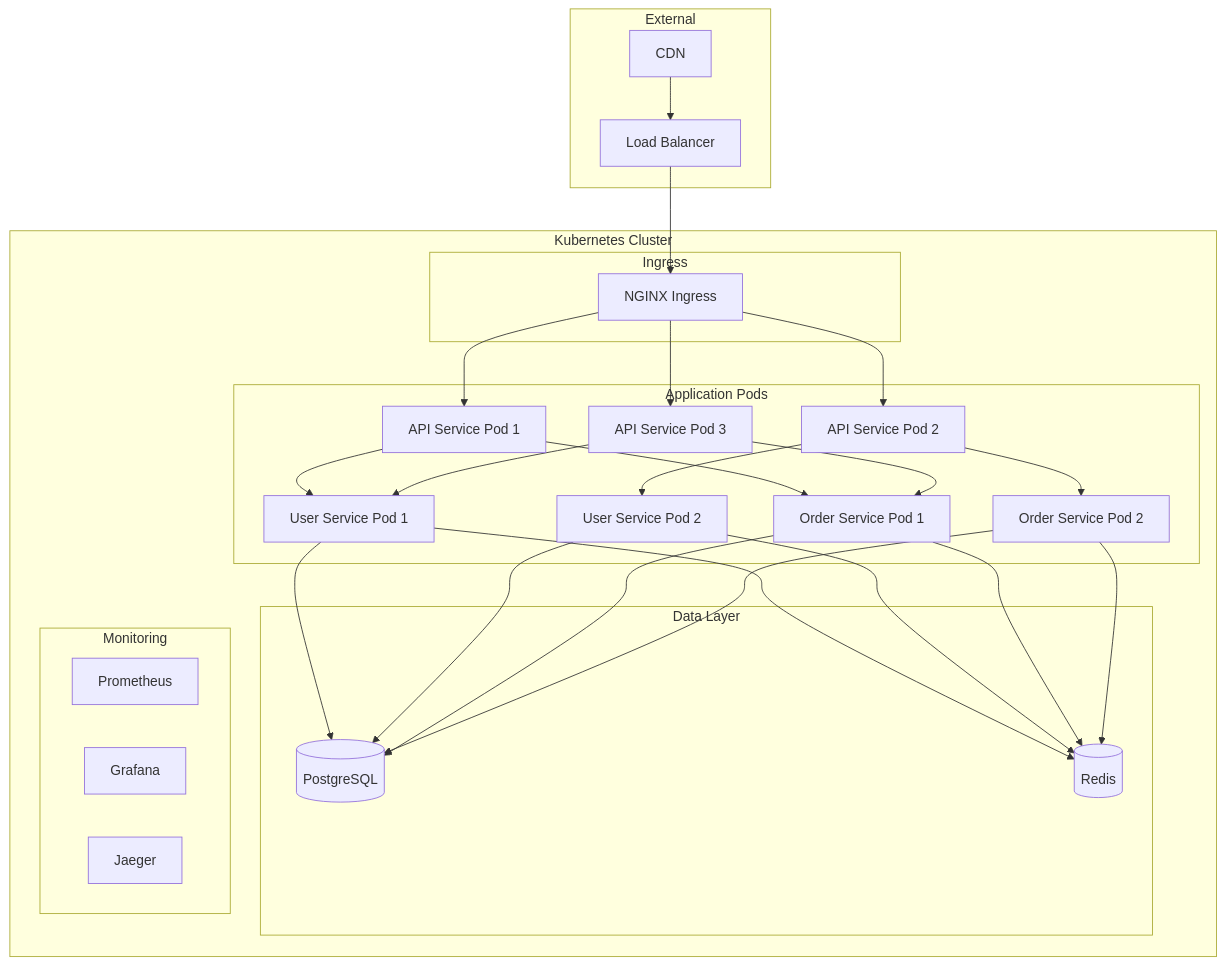
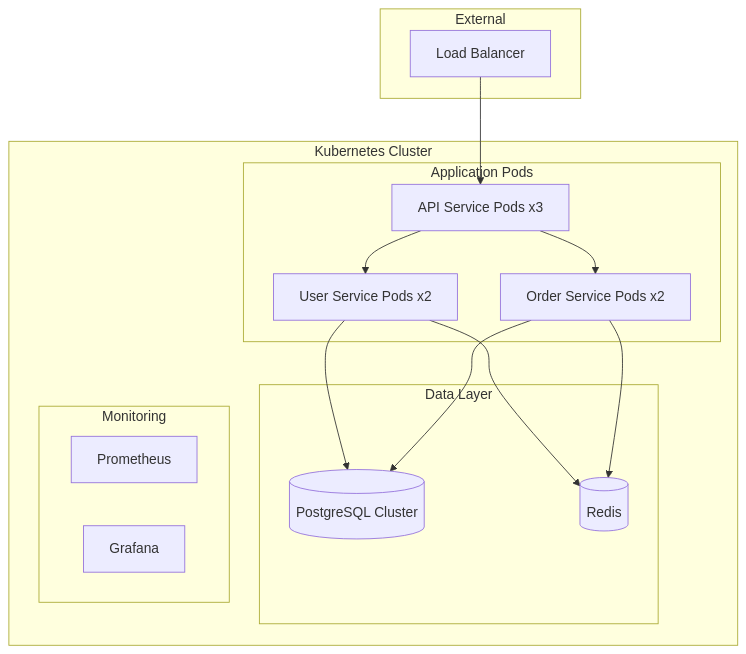
The diagram in docs/examples/production.md (provide-io/pyvider-rpcplugin), drawn with Mermaid before and after one commit. The commit also changed other lines of this file, not shown here.

````diff
--- a/docs/examples/production.md
+++ b/docs/examples/production.md
@@ -20,59 +19,32 @@
 ```mermaid
 graph TB
     subgraph "External"
         LB[Load Balancer]
-        CDN[CDN]
     end
     
     subgraph "Kubernetes Cluster"
-        subgraph "Ingress"
-            NGINX[NGINX Ingress]
-        end
-        
         subgraph "Application Pods"
-            API1[API Service Pod 1]
-            API2[API Service Pod 2]
-            API3[API Service Pod 3]
-            
-            USER1[User Service Pod 1]
-            USER2[User Service Pod 2]
-            
-            ORDER1[Order Service Pod 1]
-            ORDER2[Order Service Pod 2]
+            API[API Service Pods x3]
+            USER[User Service Pods x2]
+            ORDER[Order Service Pods x2]
         end
         
         subgraph "Data Layer"
-            POSTGRES[(PostgreSQL)]
+            POSTGRES[(PostgreSQL Cluster)]
             REDIS[(Redis)]
         end
         
         subgraph "Monitoring"
             PROM[Prometheus]
             GRAF[Grafana]
-            JAEGER[Jaeger]
         end
     end
     
-    CDN --> LB
-    LB --> NGINX
-    NGINX --> API1
-    NGINX --> API2
-    NGINX --> API3
-    
-    API1 --> USER1
-    API1 --> ORDER1
-    API2 --> USER2
-    API2 --> ORDER2
-    API3 --> USER1
-    API3 --> ORDER1
-    
-    USER1 --> POSTGRES
-    USER2 --> POSTGRES
-    ORDER1 --> POSTGRES
-    ORDER2 --> POSTGRES
-    
-    USER1 --> REDIS
-    USER2 --> REDIS
-    ORDER1 --> REDIS
-    ORDER2 --> REDIS
+    LB --> API
+    API --> USER
+    API --> ORDER
+    USER --> POSTGRES
+    ORDER --> POSTGRES
+    USER --> REDIS
+    ORDER --> REDIS
 ```
````
